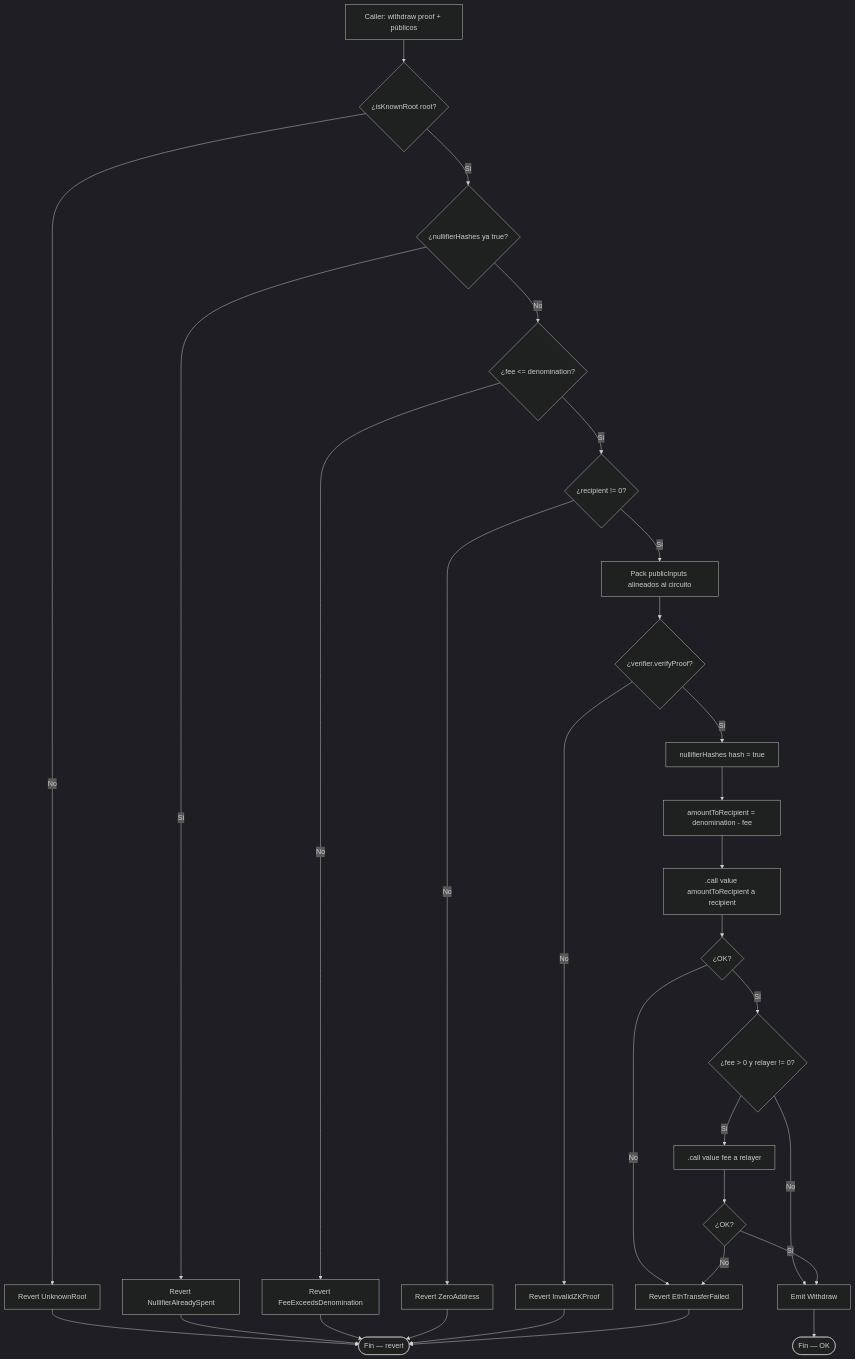
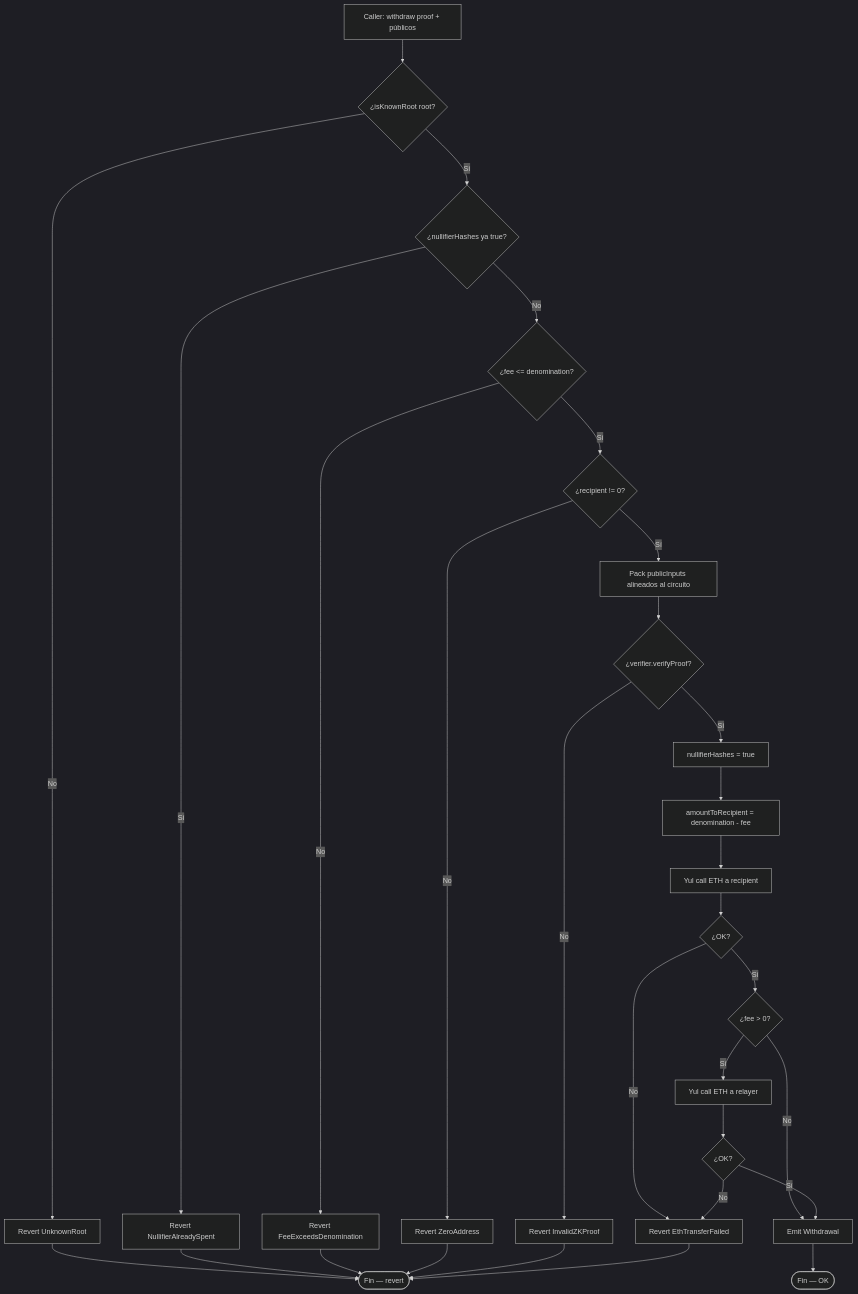
Before and after one commit to rastrahm/zk-snarks-privacy: the third of 7 diagrams in doc/diagrama-de-flujo.md, drawn with Mermaid (dark theme). The commit also changed other lines of this file and 15 other files, not shown here.

````diff
--- a/doc/diagrama-de-flujo.md
+++ b/doc/diagrama-de-flujo.md
@@ -44,32 +47,32 @@
 ```mermaid
 flowchart TD
     A[Caller: withdraw proof + públicos] --> B{¿isKnownRoot root?}
     B -->|No| Z1[Revert UnknownRoot]
     B -->|Sí| C{¿nullifierHashes ya true?}
     C -->|Sí| Z2[Revert NullifierAlreadySpent]
     C -->|No| D{¿fee <= denomination?}
     D -->|No| Z3[Revert FeeExceedsDenomination]
     D -->|Sí| E{¿recipient != 0?}
     E -->|No| Z4[Revert ZeroAddress]
     E -->|Sí| F[Pack publicInputs alineados al circuito]
     F --> G{¿verifier.verifyProof?}
     G -->|No| Z5[Revert InvalidZKProof]
-    G -->|Sí| H[nullifierHashes hash = true]
+    G -->|Sí| H[nullifierHashes = true]
     H --> I[amountToRecipient = denomination - fee]
-    I --> J[.call value amountToRecipient a recipient]
+    I --> J[Yul call ETH a recipient]
     J --> K{¿OK?}
     K -->|No| Z6[Revert EthTransferFailed]
-    K -->|Sí| L{¿fee > 0 y relayer != 0?}
-    L -->|No| M[Emit Withdraw]
-    L -->|Sí| N[.call value fee a relayer]
+    K -->|Sí| L{¿fee > 0?}
+    L -->|No| M[Emit Withdrawal]
+    L -->|Sí| N[Yul call ETH a relayer]
     N --> O{¿OK?}
     O -->|No| Z6
     O -->|Sí| M
     Z1 --> End([Fin — revert])
     Z2 --> End
     Z3 --> End
     Z4 --> End
     Z5 --> End
     Z6 --> End
     M --> Ok([Fin — OK])
 ```
````
